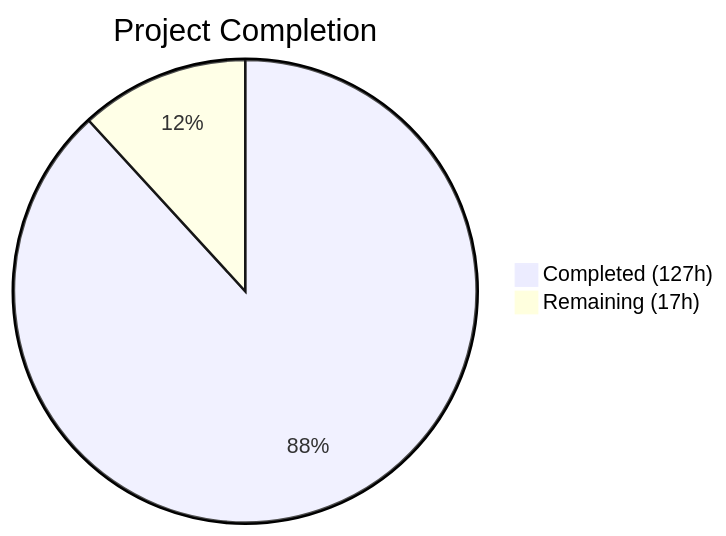
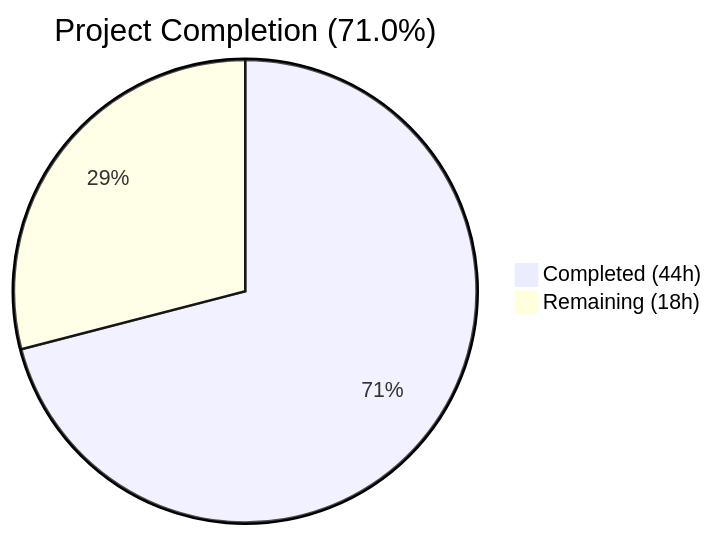
One commit to Blitzy-Sandbox/blitzy-formbricks changed the first of 2 diagrams in blitzy/documentation/Project Guide.md. Above: the diagram before and after it, drawn with Mermaid. The commit also changed other lines of this file, not shown here.

Commit message:
Adding Blitzy Project Guide: Project Status and Human Tasks Remaining

````diff
--- a/blitzy/documentation/Project Guide.md
+++ b/blitzy/documentation/Project Guide.md
@@ -13,5 +13,5 @@
 ```mermaid
-pie title Project Completion
-    "Completed (127h)" : 127
-    "Remaining (17h)" : 17
+pie title Project Completion (71.0%)
+    "Completed (44h)" : 44
+    "Remaining (18h)" : 18
 ```
````
